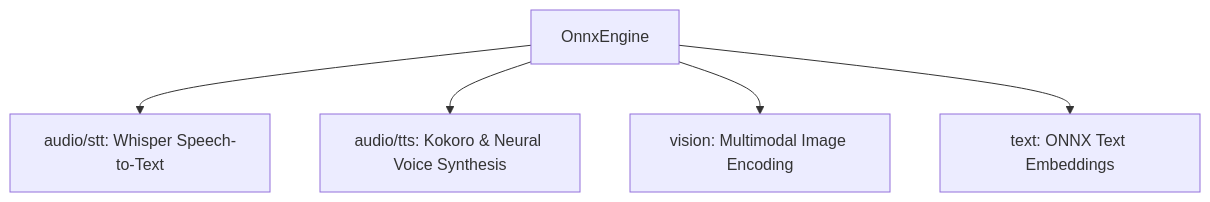
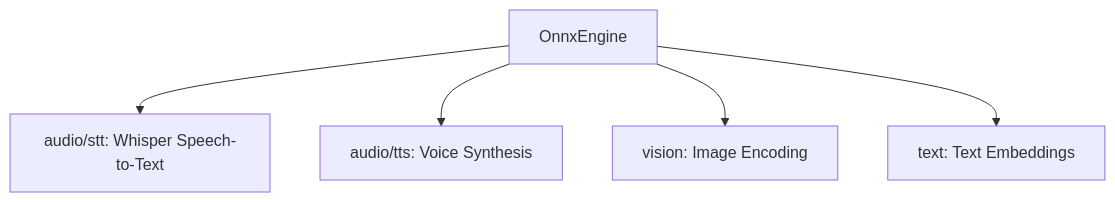
Before and after one commit to cluaiz/cluaiz: the diagram in engine/onnx/README.md, drawn with Mermaid. The commit also changed other lines of this file and 14 other files, not shown here.

Commit message:
feat(engine/onnx): integrate media decoding, audio STT decoder, and TTS router

````diff
--- a/engine/onnx/README.md
+++ b/engine/onnx/README.md
@@ -7,7 +7,7 @@
 ```mermaid
 graph TD
-    A[OnnxEngine] --> B[audio/stt: Whisper Speech-to-Text]
-    A --> C[audio/tts: Kokoro & Neural Voice Synthesis]
-    A --> D[vision: Multimodal Image Encoding]
-    A --> E[text: ONNX Text Embeddings]
+    A["OnnxEngine"] --> B["audio/stt: Whisper Speech-to-Text"]
+    A --> C["audio/tts: Voice Synthesis"]
+    A --> D["vision: Image Encoding"]
+    A --> E["text: Text Embeddings"]
 ```
````
